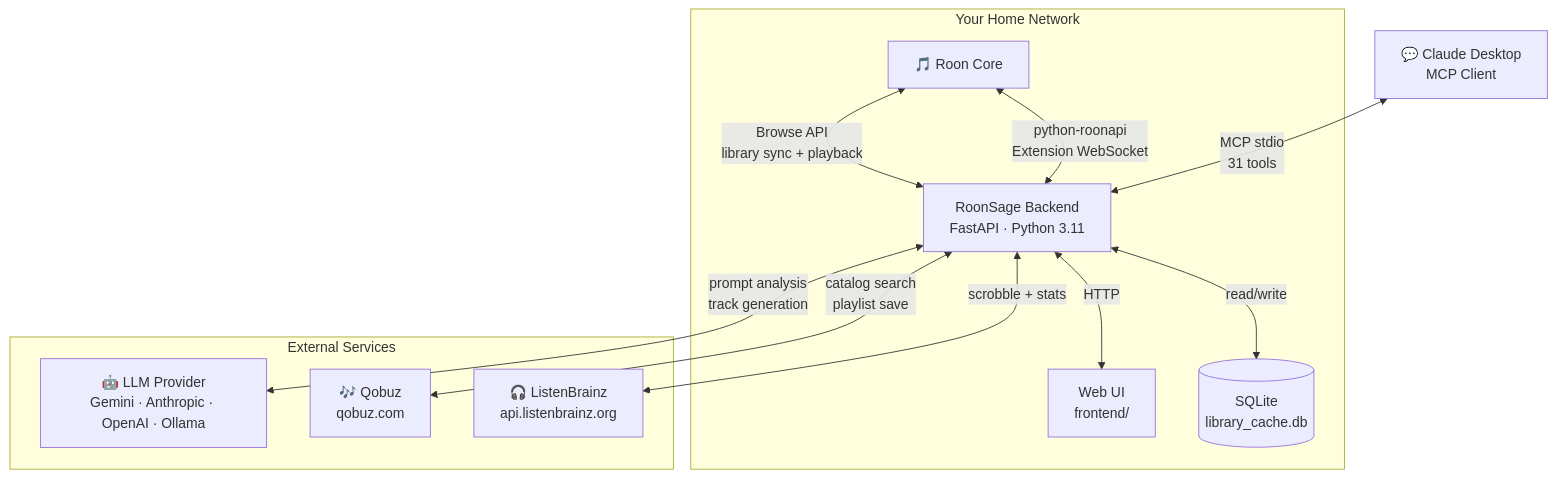
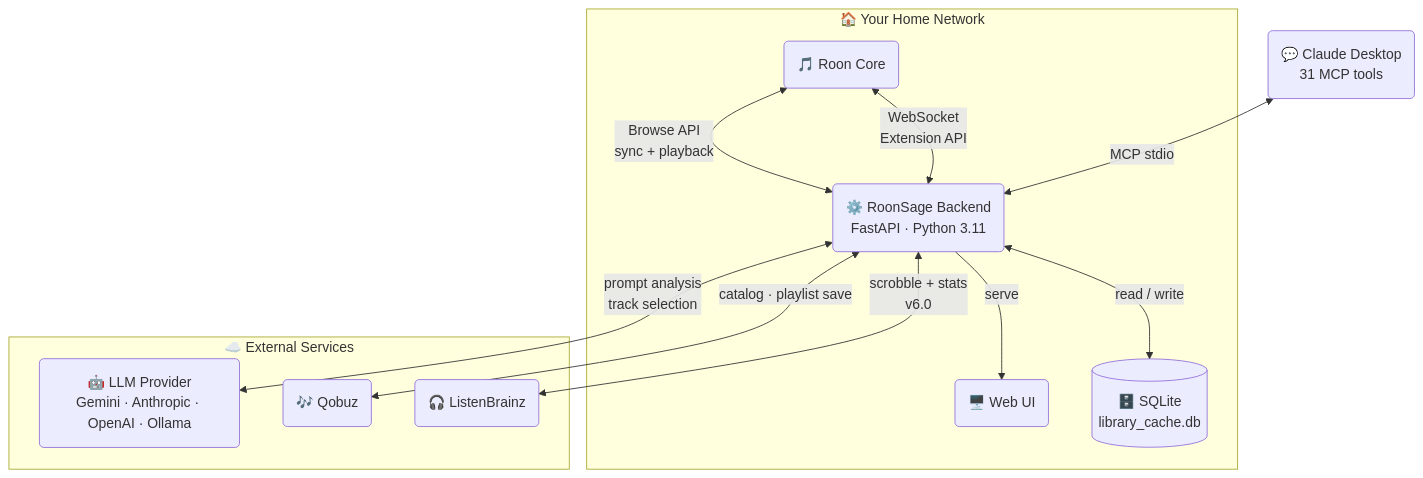
The first of 5 diagrams in README.md (Georgemvp/roonsage), drawn with Mermaid before and after one commit. The commit also changed other lines of this file, not shown here.

Commit message:
docs: README v6.0 redesign — Mermaid diagrams, ToC, collapsible API, screenshots

````diff
--- a/README.md
+++ b/README.md
@@ -13,26 +45,26 @@
 ```mermaid
 graph TB
-    subgraph Your Home Network
-        RC[🎵 Roon Core]
-        RS[RoonSage Backend<br/>FastAPI · Python 3.11]
-        DB[(SQLite<br/>library_cache.db)]
-        FE[Web UI<br/>frontend/]
+    subgraph home["🏠 Your Home Network"]
+        RC("🎵 Roon Core")
+        RS("⚙️ RoonSage Backend<br/>FastAPI · Python 3.11")
+        DB[("🗄️ SQLite<br/>library_cache.db")]
+        FE("🖥️ Web UI")
     end
 
-    subgraph External Services
-        LB[🎧 ListenBrainz<br/>api.listenbrainz.org]
-        QB[🎶 Qobuz<br/>qobuz.com]
-        AI[🤖 LLM Provider<br/>Gemini · Anthropic · OpenAI · Ollama]
+    subgraph cloud["☁️ External Services"]
+        LB("🎧 ListenBrainz")
+        QB("🎶 Qobuz")
+        AI("🤖 LLM Provider<br/>Gemini · Anthropic · OpenAI · Ollama")
     end
 
-    CD[💬 Claude Desktop<br/>MCP Client]
+    CD("💬 Claude Desktop<br/>31 MCP tools")
 
-    RC <-->|python-roonapi<br/>Extension WebSocket| RS
-    RS <-->|Browse API<br/>library sync + playback| RC
-    RS <-->|read/write| DB
-    RS <-->|HTTP| FE
-    RS <-->|scrobble + stats| LB
-    RS <-->|catalog search<br/>playlist save| QB
-    RS <-->|prompt analysis<br/>track generation| AI
-    CD <-->|MCP stdio<br/>31 tools| RS
+    RC  <-->|"WebSocket<br/>Extension API"| RS
+    RS  <-->|"Browse API<br/>sync + playback"| RC
+    RS  <-->|read / write| DB
+    RS  -->|serve| FE
+    RS  <-->|"scrobble + stats<br/>v6.0"| LB
+    RS  <-->|"catalog · playlist save"| QB
+    RS  <-->|"prompt analysis<br/>track selection"| AI
+    CD  <-->|"MCP stdio"| RS
 ```
````
